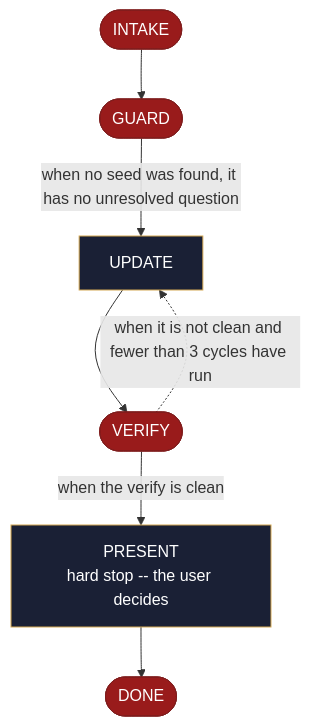
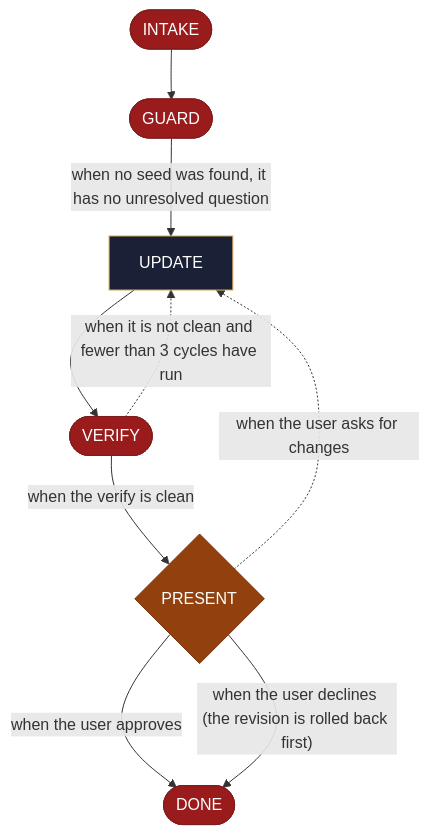
One commit to AndreVianna/aid-methodology changed the diagram in site/src/content/docs/skills/aid-update-backlog.md. Above: the diagram before and after it, drawn with Mermaid. The commit also changed other lines of this file and 253 other files, not shown here.

````diff
--- a/site/src/content/docs/skills/aid-update-backlog.md
+++ b/site/src/content/docs/skills/aid-update-backlog.md
@@ -20,33 +20,35 @@
 ```mermaid
 flowchart TB
   classDef aidNode color:#fff
   classDef aidEntry fill:#166534,stroke:#14532d,color:#fff
   classDef aidExit fill:#991b1b,stroke:#7f1d1d,color:#fff
   classDef aidDecision fill:#92400e,stroke:#78350f,color:#fff
   classDef aidLoopBack fill:#1e3a8a,stroke:#1e3a8a,color:#fff
   classDef aidStep fill:#1a2035,stroke:#d4a853,color:#f1f5f9
   n1(["INTAKE"])
   n2(["GUARD"])
   n3["UPDATE"]
   n4(["VERIFY"])
-  n5["PRESENT<br/>hard stop -- the user decides"]
+  n5{"PRESENT"}
   n6(["DONE"])
   n1 --> n2
   n2 -->|"when no seed was found, it has no unresolved question"| n3
   n3 --> n4
   n4 -. "when it is not clean and fewer than 3 cycles have run" .-> n3
   n4 -->|"when the verify is clean"| n5
-  n5 --> n6
+  n5 -. "when the user asks for changes" .-> n3
+  n5 -->|"when the user approves"| n6
+  n5 -->|"when the user declines (the revision is rolled back first)"| n6
   class n1 aidExit
   class n2 aidExit
   class n3 aidStep
   class n4 aidExit
-  class n5 aidStep
+  class n5 aidDecision
   class n6 aidExit
   class n1 aidNode
   class n2 aidNode
   class n3 aidNode
   class n4 aidNode
   class n5 aidNode
   class n6 aidNode
 ```
````
